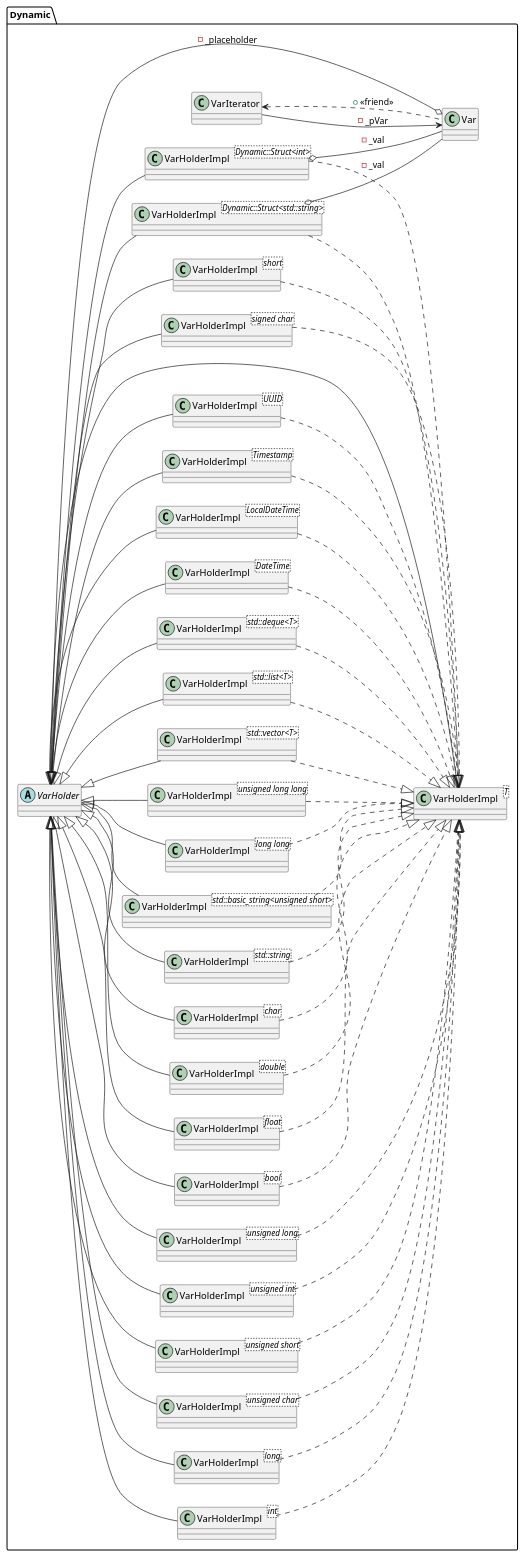
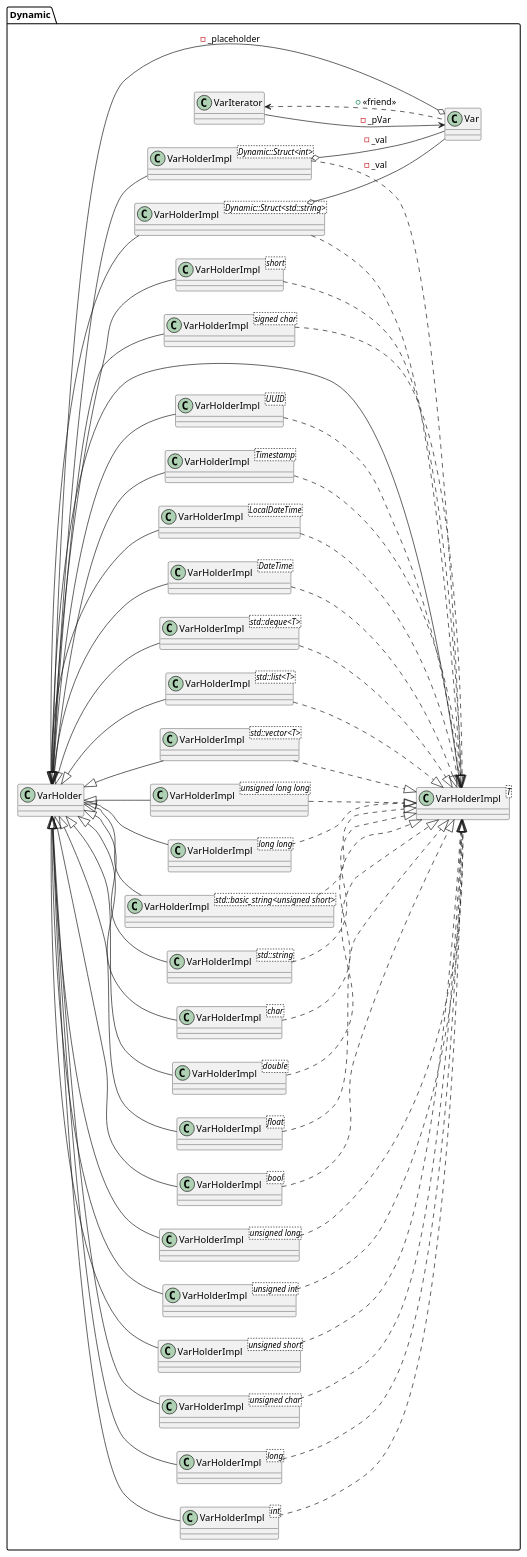
The diagram in poco/puml/dynamic_class_diagram.puml (bkryza/clang-uml-examples), drawn with PlantUML before and after one commit. The commit also changed 101 other files, not shown here.

Commit message:
Updated diagrams

```diff
--- a/poco/puml/dynamic_class_diagram.puml
+++ b/poco/puml/dynamic_class_diagram.puml
@@ -1,151 +1,180 @@
 @startuml
 left to right direction
 package [Dynamic] as C_0002281307121949168090 {
-abstract "VarHolder" as C_0000820091630223006238
-abstract C_0000820091630223006238 [[https://github.com/pocoproject/poco/blob/9fc117d585e552ae3327b56900df9cc40653d574/Foundation/include/Poco/Dynamic/VarHolder.h#L104{VarHolder}]] {
+class "VarHolder" as C_0000820091630223006238
+class C_0000820091630223006238 [[https://github.com/pocoproject/poco/blob/9fc117d585e552ae3327b56900df9cc40653d574/Foundation/include/Poco/Dynamic/VarHolder.h#L104{VarHolder}]] {
+__
 }
 class "VarHolderImpl<T>" as C_0001112867090784569162
 class C_0001112867090784569162 [[https://github.com/pocoproject/poco/blob/9fc117d585e552ae3327b56900df9cc40653d574/Foundation/include/Poco/Dynamic/VarHolder.h#L705{VarHolderImpl}]] {
+__
 }
 class "VarHolderImpl<signed char>" as C_0002149165824584484566
 class C_0002149165824584484566 [[https://github.com/pocoproject/poco/blob/9fc117d585e552ae3327b56900df9cc40653d574/Foundation/include/Poco/Dynamic/VarHolder.h#L759{VarHolderImpl}]] {
+__
 }
 class "VarHolderImpl<short>" as C_0000198808093629002393
 class C_0000198808093629002393 [[https://github.com/pocoproject/poco/blob/9fc117d585e552ae3327b56900df9cc40653d574/Foundation/include/Poco/Dynamic/VarHolder.h#L915{VarHolderImpl}]] {
+__
 }
 class "VarHolderImpl<int>" as C_0000976768452323437983
 class C_0000976768452323437983 [[https://github.com/pocoproject/poco/blob/9fc117d585e552ae3327b56900df9cc40653d574/Foundation/include/Poco/Dynamic/VarHolder.h#L1068{VarHolderImpl}]] {
+__
 }
 class "VarHolderImpl<long>" as C_0001804431617899042426
 class C_0001804431617899042426 [[https://github.com/pocoproject/poco/blob/9fc117d585e552ae3327b56900df9cc40653d574/Foundation/include/Poco/Dynamic/VarHolder.h#L1220{VarHolderImpl}]] {
+__
 }
 class "VarHolderImpl<unsigned char>" as C_0001832009513687525374
 class C_0001832009513687525374 [[https://github.com/pocoproject/poco/blob/9fc117d585e552ae3327b56900df9cc40653d574/Foundation/include/Poco/Dynamic/VarHolder.h#L1387{VarHolderImpl}]] {
+__
 }
 class "VarHolderImpl<unsigned short>" as C_0000572186414558919480
 class C_0000572186414558919480 [[https://github.com/pocoproject/poco/blob/9fc117d585e552ae3327b56900df9cc40653d574/Foundation/include/Poco/Dynamic/VarHolder.h#L1539{VarHolderImpl}]] {
+__
 }
 class "VarHolderImpl<unsigned int>" as C_0000166253842255815357
 class C_0000166253842255815357 [[https://github.com/pocoproject/poco/blob/9fc117d585e552ae3327b56900df9cc40653d574/Foundation/include/Poco/Dynamic/VarHolder.h#L1691{VarHolderImpl}]] {
+__
 }
 class "VarHolderImpl<unsigned long>" as C_0001459401574844645109
 class C_0001459401574844645109 [[https://github.com/pocoproject/poco/blob/9fc117d585e552ae3327b56900df9cc40653d574/Foundation/include/Poco/Dynamic/VarHolder.h#L1843{VarHolderImpl}]] {
+__
 }
 class "VarHolderImpl<bool>" as C_0000599279109574326060
 class C_0000599279109574326060 [[https://github.com/pocoproject/poco/blob/9fc117d585e552ae3327b56900df9cc40653d574/Foundation/include/Poco/Dynamic/VarHolder.h#L2016{VarHolderImpl}]] {
+__
 }
 class "VarHolderImpl<float>" as C_0000384619052225252533
 class C_0000384619052225252533 [[https://github.com/pocoproject/poco/blob/9fc117d585e552ae3327b56900df9cc40653d574/Foundation/include/Poco/Dynamic/VarHolder.h#L2166{VarHolderImpl}]] {
+__
 }
 class "VarHolderImpl<double>" as C_0002242257052791493112
 class C_0002242257052791493112 [[https://github.com/pocoproject/poco/blob/9fc117d585e552ae3327b56900df9cc40653d574/Foundation/include/Poco/Dynamic/VarHolder.h#L2319{VarHolderImpl}]] {
+__
 }
 class "VarHolderImpl<char>" as C_0001942181379759217898
 class C_0001942181379759217898 [[https://github.com/pocoproject/poco/blob/9fc117d585e552ae3327b56900df9cc40653d574/Foundation/include/Poco/Dynamic/VarHolder.h#L2478{VarHolderImpl}]] {
+__
 }
 class "VarHolderImpl<std::string>" as C_0002291903337356664508
 class C_0002291903337356664508 [[https://github.com/pocoproject/poco/blob/9fc117d585e552ae3327b56900df9cc40653d574/Foundation/include/Poco/Dynamic/VarHolder.h#L2628{VarHolderImpl}]] {
+__
 }
 class "VarHolderImpl<std::basic_string<unsigned short>>" as C_0001370368867041199969
 class C_0001370368867041199969 [[https://github.com/pocoproject/poco/blob/9fc117d585e552ae3327b56900df9cc40653d574/Foundation/include/Poco/Dynamic/VarHolder.h#L2825{VarHolderImpl}]] {
+__
 }
 class "VarHolderImpl<long long>" as C_0001646173285346905617
 class C_0001646173285346905617 [[https://github.com/pocoproject/poco/blob/9fc117d585e552ae3327b56900df9cc40653d574/Foundation/include/Poco/Dynamic/VarHolder.h#L3309{VarHolderImpl}]] {
+__
 }
 class "VarHolderImpl<unsigned long long>" as C_0001583654034047392858
 class C_0001583654034047392858 [[https://github.com/pocoproject/poco/blob/9fc117d585e552ae3327b56900df9cc40653d574/Foundation/include/Poco/Dynamic/VarHolder.h#L3457{VarHolderImpl}]] {
+__
 }
 class "VarHolderImpl<std::vector<T>>" as C_0000910307965681926894
 class C_0000910307965681926894 [[https://github.com/pocoproject/poco/blob/9fc117d585e552ae3327b56900df9cc40653d574/Foundation/include/Poco/Dynamic/VarHolder.h#L3608{VarHolderImpl}]] {
+__
 }
 class "VarHolderImpl<std::list<T>>" as C_0000355772964752054032
 class C_0000355772964752054032 [[https://github.com/pocoproject/poco/blob/9fc117d585e552ae3327b56900df9cc40653d574/Foundation/include/Poco/Dynamic/VarHolder.h#L3673{VarHolderImpl}]] {
+__
 }
 class "VarHolderImpl<std::deque<T>>" as C_0001350084679139174053
 class C_0001350084679139174053 [[https://github.com/pocoproject/poco/blob/9fc117d585e552ae3327b56900df9cc40653d574/Foundation/include/Poco/Dynamic/VarHolder.h#L3748{VarHolderImpl}]] {
+__
 }
 class "VarHolderImpl<DateTime>" as C_0000699000175415913074
 class C_0000699000175415913074 [[https://github.com/pocoproject/poco/blob/9fc117d585e552ae3327b56900df9cc40653d574/Foundation/include/Poco/Dynamic/VarHolder.h#L3813{VarHolderImpl}]] {
+__
 }
 class "VarHolderImpl<LocalDateTime>" as C_0001850771625416044357
 class C_0001850771625416044357 [[https://github.com/pocoproject/poco/blob/9fc117d585e552ae3327b56900df9cc40653d574/Foundation/include/Poco/Dynamic/VarHolder.h#L3963{VarHolderImpl}]] {
+__
 }
 class "VarHolderImpl<Timestamp>" as C_0001458511670125196521
 class C_0001458511670125196521 [[https://github.com/pocoproject/poco/blob/9fc117d585e552ae3327b56900df9cc40653d574/Foundation/include/Poco/Dynamic/VarHolder.h#L4098{VarHolderImpl}]] {
+__
 }
 class "VarHolderImpl<UUID>" as C_0001286239480653274581
 class C_0001286239480653274581 [[https://github.com/pocoproject/poco/blob/9fc117d585e552ae3327b56900df9cc40653d574/Foundation/include/Poco/Dynamic/VarHolder.h#L4233{VarHolderImpl}]] {
+__
 }
 class "VarIterator" as C_0002237184725500898553
 class C_0002237184725500898553 [[https://github.com/pocoproject/poco/blob/9fc117d585e552ae3327b56900df9cc40653d574/Foundation/include/Poco/Dynamic/VarIterator.h#L33{VarIterator}]] {
+__
 }
 class "Var" as C_0001827593751126946500
 class C_0001827593751126946500 [[https://github.com/pocoproject/poco/blob/9fc117d585e552ae3327b56900df9cc40653d574/Foundation/include/Poco/Dynamic/Var.h#L41{Var}]] {
+__
 }
 class "VarHolderImpl<Dynamic::Struct<std::string>>" as C_0000069885356623718991
 class C_0000069885356623718991 [[https://github.com/pocoproject/poco/blob/9fc117d585e552ae3327b56900df9cc40653d574/Foundation/include/Poco/Dynamic/Struct.h#L252{VarHolderImpl}]] {
+__
 }
 class "VarHolderImpl<Dynamic::Struct<int>>" as C_0002033788483863182904
 class C_0002033788483863182904 [[https://github.com/pocoproject/poco/blob/9fc117d585e552ae3327b56900df9cc40653d574/Foundation/include/Poco/Dynamic/Struct.h#L438{VarHolderImpl}]] {
+__
 }
 }
 C_0000820091630223006238 <|-- C_0001112867090784569162
 C_0002149165824584484566 ..|> C_0001112867090784569162
 C_0000820091630223006238 <|-- C_0002149165824584484566
 C_0000198808093629002393 ..|> C_0001112867090784569162
 C_0000820091630223006238 <|-- C_0000198808093629002393
 C_0000976768452323437983 ..|> C_0001112867090784569162
 C_0000820091630223006238 <|-- C_0000976768452323437983
 C_0001804431617899042426 ..|> C_0001112867090784569162
 C_0000820091630223006238 <|-- C_0001804431617899042426
 C_0001832009513687525374 ..|> C_0001112867090784569162
 C_0000820091630223006238 <|-- C_0001832009513687525374
 C_0000572186414558919480 ..|> C_0001112867090784569162
 C_0000820091630223006238 <|-- C_0000572186414558919480
 C_0000166253842255815357 ..|> C_0001112867090784569162
 C_0000820091630223006238 <|-- C_0000166253842255815357
 C_0001459401574844645109 ..|> C_0001112867090784569162
 C_0000820091630223006238 <|-- C_0001459401574844645109
 C_0000599279109574326060 ..|> C_0001112867090784569162
 C_0000820091630223006238 <|-- C_0000599279109574326060
 C_0000384619052225252533 ..|> C_0001112867090784569162
 C_0000820091630223006238 <|-- C_0000384619052225252533
 C_0002242257052791493112 ..|> C_0001112867090784569162
 C_0000820091630223006238 <|-- C_0002242257052791493112
 C_0001942181379759217898 ..|> C_0001112867090784569162
 C_0000820091630223006238 <|-- C_0001942181379759217898
 C_0002291903337356664508 ..|> C_0001112867090784569162
 C_0000820091630223006238 <|-- C_0002291903337356664508
 C_0001370368867041199969 ..|> C_0001112867090784569162
 C_0000820091630223006238 <|-- C_0001370368867041199969
 C_0001646173285346905617 ..|> C_0001112867090784569162
 C_0000820091630223006238 <|-- C_0001646173285346905617
 C_0001583654034047392858 ..|> C_0001112867090784569162
 C_0000820091630223006238 <|-- C_0001583654034047392858
 C_0000910307965681926894 ..|> C_0001112867090784569162
 C_0000820091630223006238 <|-- C_0000910307965681926894
 C_0000355772964752054032 ..|> C_0001112867090784569162
 C_0000820091630223006238 <|-- C_0000355772964752054032
 C_0001350084679139174053 ..|> C_0001112867090784569162
 C_0000820091630223006238 <|-- C_0001350084679139174053
 C_0000699000175415913074 ..|> C_0001112867090784569162
 C_0000820091630223006238 <|-- C_0000699000175415913074
 C_0001850771625416044357 ..|> C_0001112867090784569162
 C_0000820091630223006238 <|-- C_0001850771625416044357
 C_0001458511670125196521 ..|> C_0001112867090784569162
 C_0000820091630223006238 <|-- C_0001458511670125196521
 C_0001286239480653274581 ..|> C_0001112867090784569162
 C_0000820091630223006238 <|-- C_0001286239480653274581
 C_0002237184725500898553 --> C_0001827593751126946500 : -_pVar
 C_0002237184725500898553 <.. C_0001827593751126946500 : +<<friend>>
 C_0001827593751126946500 o-- C_0000820091630223006238 : -_placeholder
 C_0000069885356623718991 ..|> C_0001112867090784569162
 C_0000069885356623718991 o-- C_0001827593751126946500 : -_val
 C_0000820091630223006238 <|-- C_0000069885356623718991
 C_0002033788483863182904 ..|> C_0001112867090784569162
 C_0002033788483863182904 o-- C_0001827593751126946500 : -_val
 C_0000820091630223006238 <|-- C_0002033788483863182904
 
-'Generated with clang-uml, version 0.3.5-1-g9a5a152
+'Generated with clang-uml, version 0.3.6-29-g238bfb0
 'LLVM version Ubuntu clang version 15.0.6
 @enduml
```
